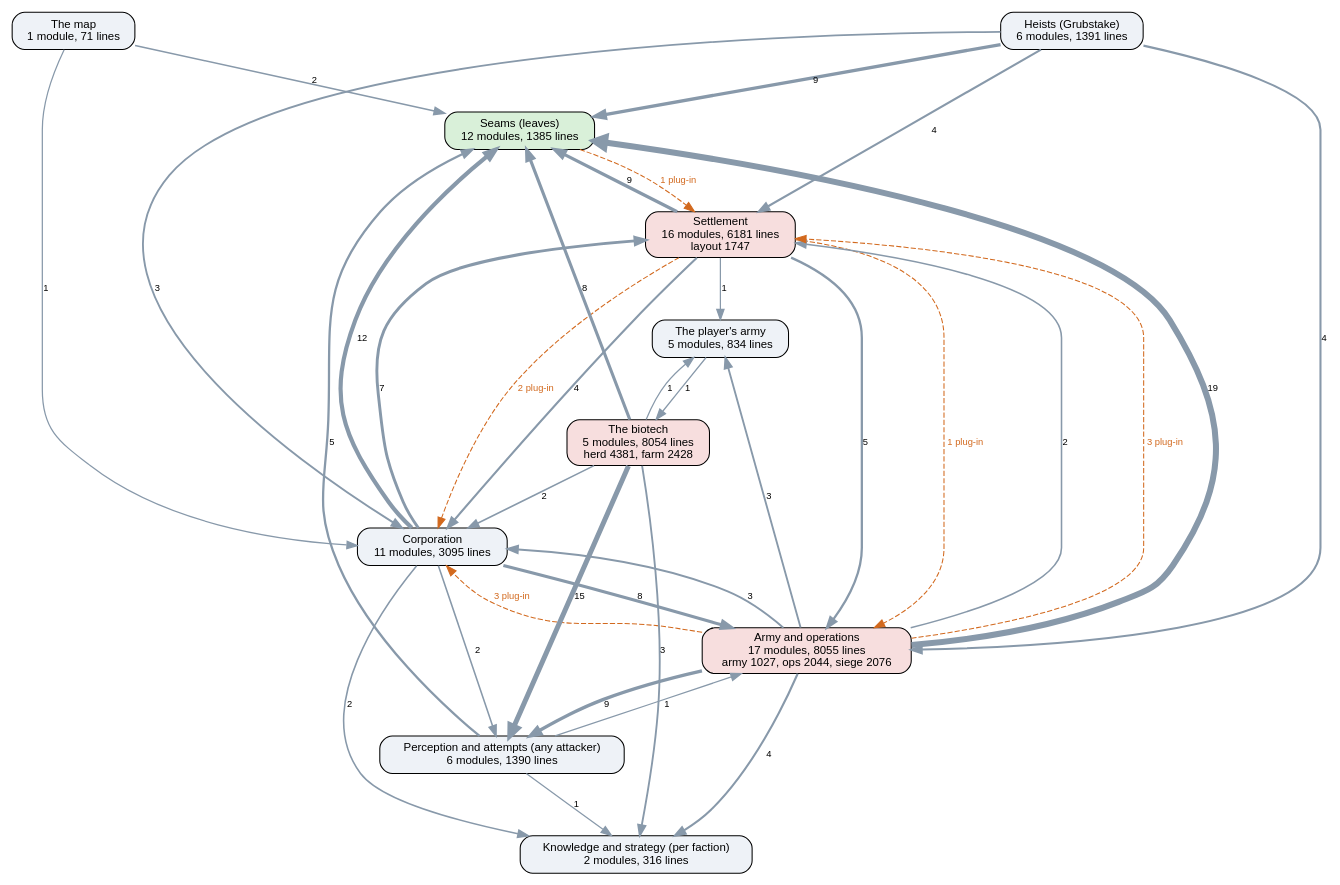
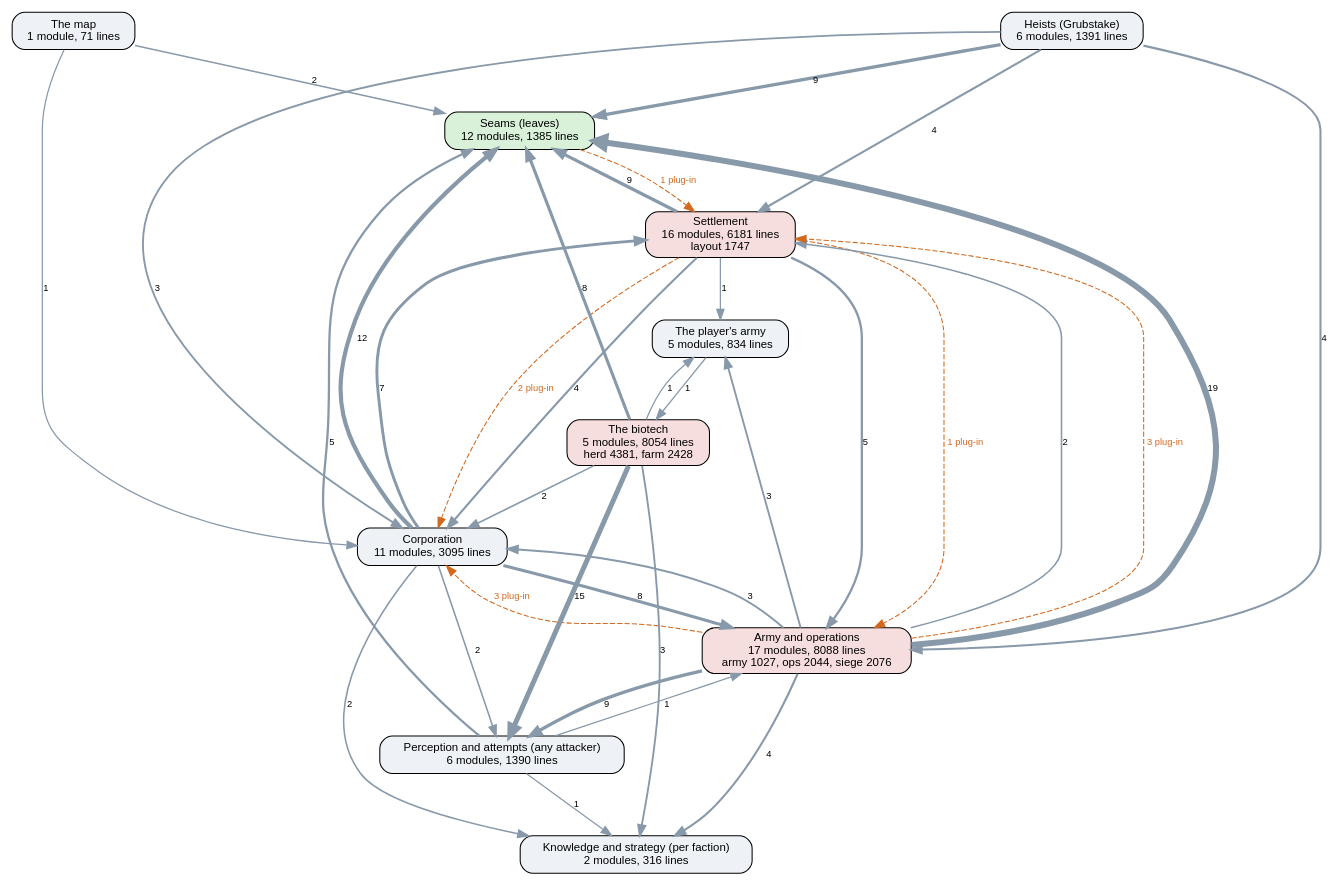
One commit to kinelhu/landing-party changed the diagram in docs/ai-layers.dot. Above: the diagram before and after it, drawn with Graphviz. The commit also changed 9 other files, not shown here.

```diff
--- a/docs/ai-layers.dot
+++ b/docs/ai-layers.dot
@@ -1,50 +1,50 @@
 digraph layers {
   graph [rankdir=TB, fontname="Helvetica", nodesep=0.5, ranksep=0.7];
   node [shape=box, style="rounded,filled", fontname="Helvetica", fontsize=11, fillcolor="#eef2f7"];
   edge [color="#8899aa", fontname="Helvetica", fontsize=9];
   "Seams (leaves)" [label="Seams (leaves)\n12 modules, 1385 lines", fillcolor="#d9f0d9"];
   "Perception and attempts (any attacker)" [label="Perception and attempts (any attacker)\n6 modules, 1390 lines", fillcolor="#eef2f7"];
   "Knowledge and strategy (per faction)" [label="Knowledge and strategy (per faction)\n2 modules, 316 lines", fillcolor="#eef2f7"];
   "Corporation" [label="Corporation\n11 modules, 3095 lines", fillcolor="#eef2f7"];
   "Settlement" [label="Settlement\n16 modules, 6181 lines\nlayout 1747", fillcolor="#f7dede"];
-  "Army and operations" [label="Army and operations\n17 modules, 8055 lines\narmy 1027, ops 2044, siege 2076", fillcolor="#f7dede"];
+  "Army and operations" [label="Army and operations\n17 modules, 8088 lines\narmy 1027, ops 2044, siege 2076", fillcolor="#f7dede"];
   "Heists (Grubstake)" [label="Heists (Grubstake)\n6 modules, 1391 lines", fillcolor="#eef2f7"];
   "The biotech" [label="The biotech\n5 modules, 8054 lines\nherd 4381, farm 2428", fillcolor="#f7dede"];
   "The map" [label="The map\n1 module, 71 lines", fillcolor="#eef2f7"];
   "The player's army" [label="The player's army\n5 modules, 834 lines", fillcolor="#eef2f7"];
   "Army and operations" -> "Corporation" [label="3", penwidth=1.8];
   "Army and operations" -> "Knowledge and strategy (per faction)" [label="4", penwidth=2.0];
   "Army and operations" -> "Perception and attempts (any attacker)" [label="9", penwidth=3.2];
   "Army and operations" -> "Seams (leaves)" [label="19", penwidth=5.8];
   "Army and operations" -> "Settlement" [label="2", penwidth=1.5];
   "Army and operations" -> "The player's army" [label="3", penwidth=1.8];
   "Corporation" -> "Army and operations" [label="8", penwidth=3.0];
   "Corporation" -> "Knowledge and strategy (per faction)" [label="2", penwidth=1.5];
   "Corporation" -> "Perception and attempts (any attacker)" [label="2", penwidth=1.5];
   "Corporation" -> "Seams (leaves)" [label="12", penwidth=4.0];
   "Corporation" -> "Settlement" [label="7", penwidth=2.8];
   "Heists (Grubstake)" -> "Army and operations" [label="4", penwidth=2.0];
   "Heists (Grubstake)" -> "Corporation" [label="3", penwidth=1.8];
   "Heists (Grubstake)" -> "Seams (leaves)" [label="9", penwidth=3.2];
   "Heists (Grubstake)" -> "Settlement" [label="4", penwidth=2.0];
   "Perception and attempts (any attacker)" -> "Army and operations" [label="1", penwidth=1.2];
   "Perception and attempts (any attacker)" -> "Knowledge and strategy (per faction)" [label="1", penwidth=1.2];
   "Perception and attempts (any attacker)" -> "Seams (leaves)" [label="5", penwidth=2.2];
   "Settlement" -> "Army and operations" [label="5", penwidth=2.2];
   "Settlement" -> "Corporation" [label="4", penwidth=2.0];
   "Settlement" -> "Seams (leaves)" [label="9", penwidth=3.2];
   "Settlement" -> "The player's army" [label="1", penwidth=1.2];
   "The biotech" -> "Corporation" [label="2", penwidth=1.5];
   "The biotech" -> "Knowledge and strategy (per faction)" [label="3", penwidth=1.8];
   "The biotech" -> "Perception and attempts (any attacker)" [label="15", penwidth=4.8];
   "The biotech" -> "Seams (leaves)" [label="8", penwidth=3.0];
   "The biotech" -> "The player's army" [label="1", penwidth=1.2];
   "The map" -> "Corporation" [label="1", penwidth=1.2];
   "The map" -> "Seams (leaves)" [label="2", penwidth=1.5];
   "The player's army" -> "The biotech" [label="1", penwidth=1.2];
   "Army and operations" -> "Corporation" [style=dashed, color="#d2691e", fontcolor="#d2691e", label="3 plug-in"];
   "Army and operations" -> "Settlement" [style=dashed, color="#d2691e", fontcolor="#d2691e", label="3 plug-in"];
   "Seams (leaves)" -> "Settlement" [style=dashed, color="#d2691e", fontcolor="#d2691e", label="1 plug-in"];
   "Settlement" -> "Army and operations" [style=dashed, color="#d2691e", fontcolor="#d2691e", label="1 plug-in"];
   "Settlement" -> "Corporation" [style=dashed, color="#d2691e", fontcolor="#d2691e", label="2 plug-in"];
 }
```
